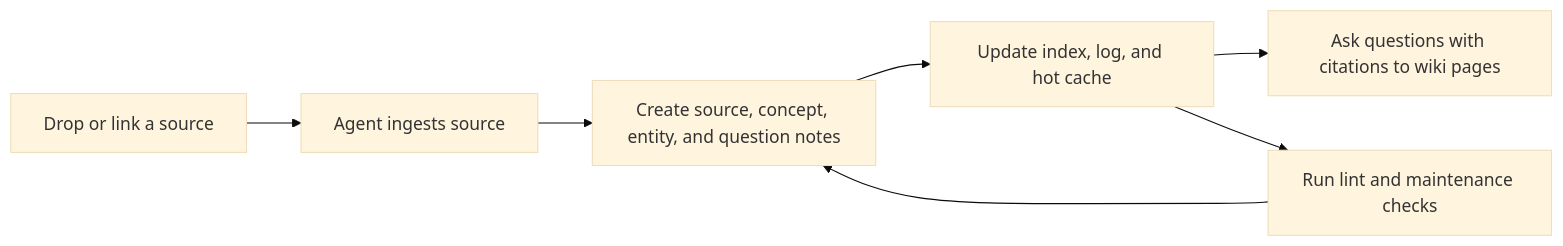
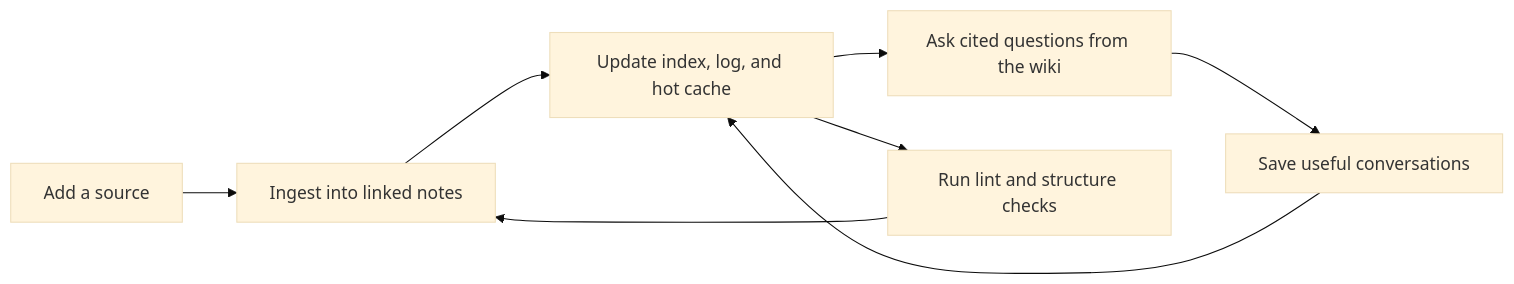
One commit to AgriciDaniel/claude-obsidian changed the diagram in README.md. Above: the diagram before and after it, drawn with Mermaid (base theme). The commit also changed other lines of this file and 10 other files, not shown here.

````diff
--- a/README.md
+++ b/README.md
@@ -38,9 +39,10 @@
 ```mermaid
 flowchart LR
-  A["Drop or link a source"] --> B["Agent ingests source"]
-  B --> C["Create source, concept, entity, and question notes"]
-  C --> D["Update index, log, and hot cache"]
-  D --> E["Ask questions with citations to wiki pages"]
-  D --> F["Run lint and maintenance checks"]
+  A["Add a source"] --> B["Ingest into linked notes"]
+  B --> C["Update index, log, and hot cache"]
+  C --> D["Ask cited questions from the wiki"]
+  C --> E["Run lint and structure checks"]
+  E --> B
+  D --> F["Save useful conversations"]
   F --> C
 ```
````
